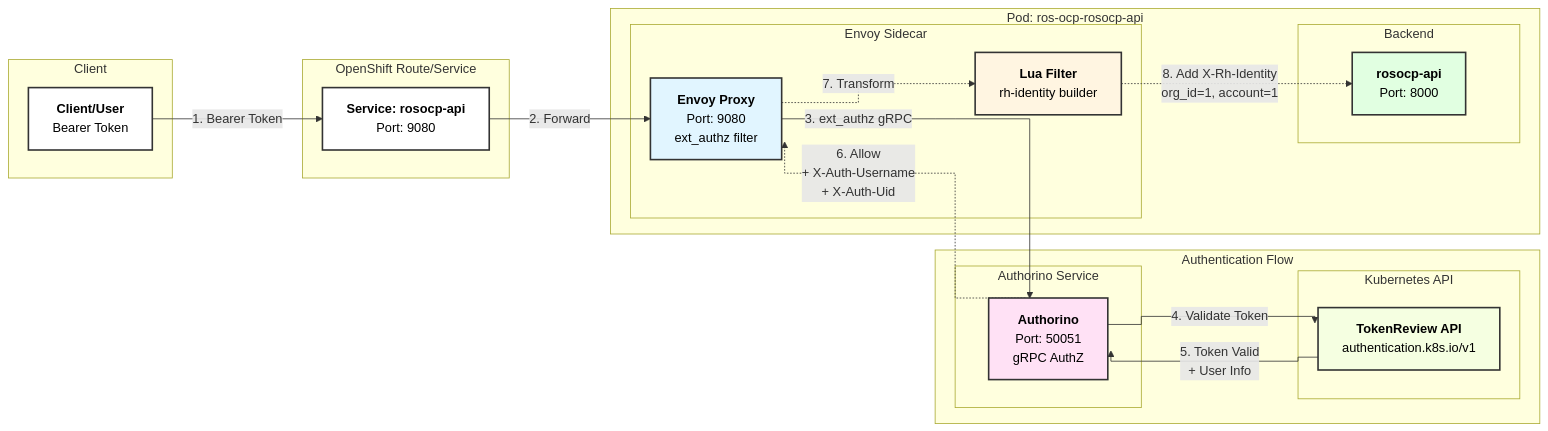
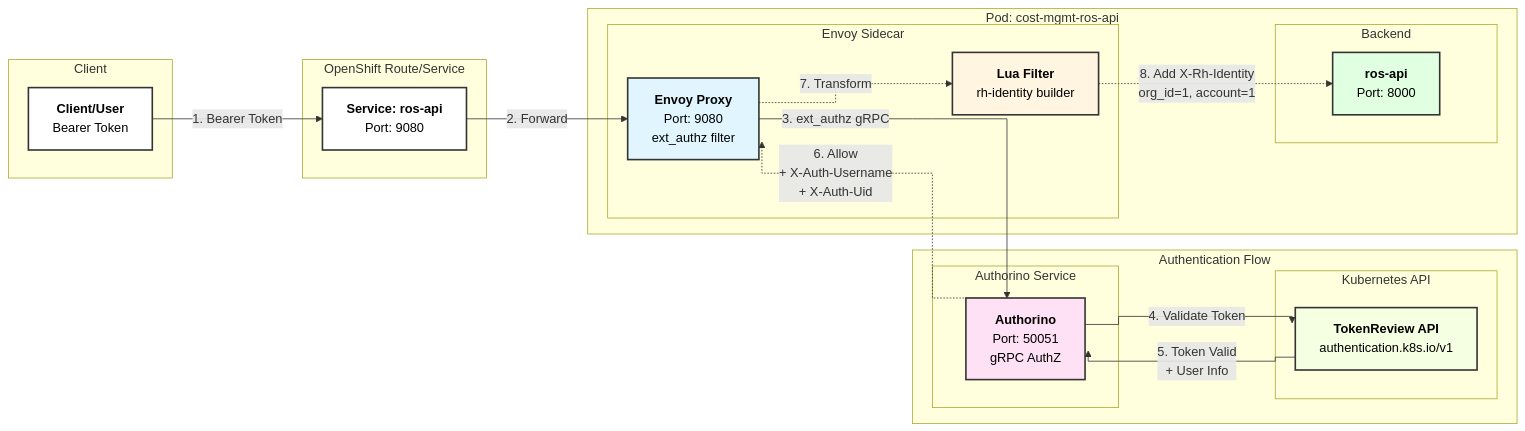
The first of 2 diagrams in docs/oauth2-tokenreview-authentication.md (jordigilh/ros-helm-chart), drawn with Mermaid before and after one commit. The commit also changed other lines of this file and 14 other files, not shown here.

First line of the commit message:
docs: Update all documentation for chart rename and refactoring

````diff
--- a/docs/oauth2-tokenreview-authentication.md
+++ b/docs/oauth2-tokenreview-authentication.md
@@ -33,51 +33,51 @@
 ```mermaid
 %%{init: {'flowchart': {'curve': 'stepAfter'}}}%%
 flowchart LR
     subgraph Client["Client"]
         C["<b>Client/User</b><br/>Bearer Token"]
     end
 
     subgraph Route["OpenShift Route/Service"]
-        R["<b>Service: rosocp-api</b><br/>Port: 9080"]
+        R["<b>Service: ros-api</b><br/>Port: 9080"]
     end
 
-    subgraph Pod["Pod: ros-ocp-rosocp-api"]
+    subgraph Pod["Pod: cost-mgmt-ros-api"]
         subgraph EnvoySidecar["Envoy Sidecar"]
             E["<b>Envoy Proxy</b><br/>Port: 9080<br/>ext_authz filter"]
             L["<b>Lua Filter</b><br/>rh-identity builder"]
         end
 
         subgraph Backend["Backend"]
-            B["<b>rosocp-api</b><br/>Port: 8000"]
+            B["<b>ros-api</b><br/>Port: 8000"]
         end
 
         E -.->|7. Transform| L
         L -.->|8. Add X-Rh-Identity<br/>org_id=1, account=1| B
     end
 
     subgraph AuthFlow["Authentication Flow"]
         subgraph AuthorinoSvc["Authorino Service"]
             A["<b>Authorino</b><br/>Port: 50051<br/>gRPC AuthZ"]
         end
 
         subgraph K8sAPI["Kubernetes API"]
             K["<b>TokenReview API</b><br/>authentication.k8s.io/v1"]
         end
 
         A -->|4. Validate Token| K
         K -->|5. Token Valid<br/>+ User Info| A
     end
 
     C -->|1. Bearer Token| R
     R -->|2. Forward| E
     E -->|3. ext_authz gRPC| A
     A -.->|6. Allow<br/>+ X-Auth-Username<br/>+ X-Auth-Uid| E
 
     style E fill:#e1f5ff,stroke:#333,stroke-width:2px,color:#000
     style A fill:#ffe1f5,stroke:#333,stroke-width:2px,color:#000
     style K fill:#f5ffe1,stroke:#333,stroke-width:2px,color:#000
     style L fill:#fff5e1,stroke:#333,stroke-width:2px,color:#000
     style B fill:#e1ffe1,stroke:#333,stroke-width:2px,color:#000
     style C fill:#fff,stroke:#333,stroke-width:2px,color:#000
     style R fill:#fff,stroke:#333,stroke-width:2px,color:#000
 ```
````
